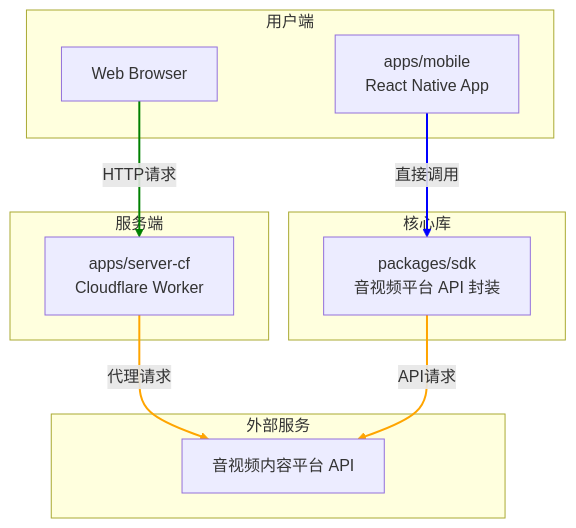
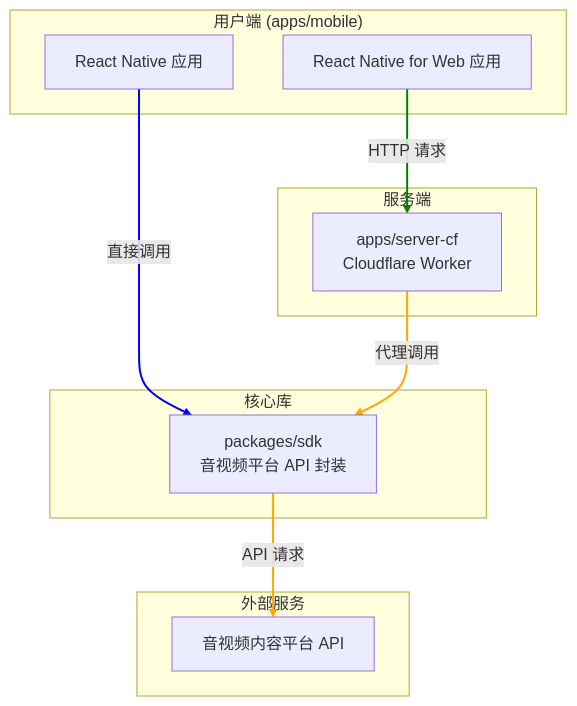
The diagram in docs/PROJECT_ARCHITECTURE.md (bilisound/client-mobile), drawn with Mermaid before and after one commit. The commit also changed other lines of this file, not shown here.

Commit message:
更新项目架构文档，优化图表描述和文本格式，增强可读性，明确用户端和服务端的交互关系。

````diff
--- a/docs/PROJECT_ARCHITECTURE.md
+++ b/docs/PROJECT_ARCHITECTURE.md
@@ -25,29 +25,29 @@
 ```mermaid
 graph TD
-    subgraph 用户端
-        A[apps/mobile <br/> React Native App]
-        W[Web Browser]
+    subgraph "用户端 (apps/mobile)"
+        A[React Native 应用]
+        W[React Native for Web 应用]
     end
 
     subgraph 服务端
         B[apps/server-cf <br/> Cloudflare Worker]
     end
     
     subgraph 核心库
         C[packages/sdk <br/> 音视频平台 API 封装]
     end
 
     subgraph 外部服务
         D[音视频内容平台 API]
     end
 
-    W -- HTTP请求 --> B
+    W -- HTTP 请求 --> B
     A -- 直接调用 --> C
-    B -- 代理请求 --> D
-    C -- API请求 --> D
+    B -- 代理调用 --> C
+    C -- API 请求 --> D
     
     linkStyle 0 stroke-width:2px,fill:none,stroke:green;
     linkStyle 1 stroke-width:2px,fill:none,stroke:blue;
     linkStyle 2 stroke-width:2px,fill:none,stroke:orange;
     linkStyle 3 stroke-width:2px,fill:none,stroke:orange;
 ```
````
